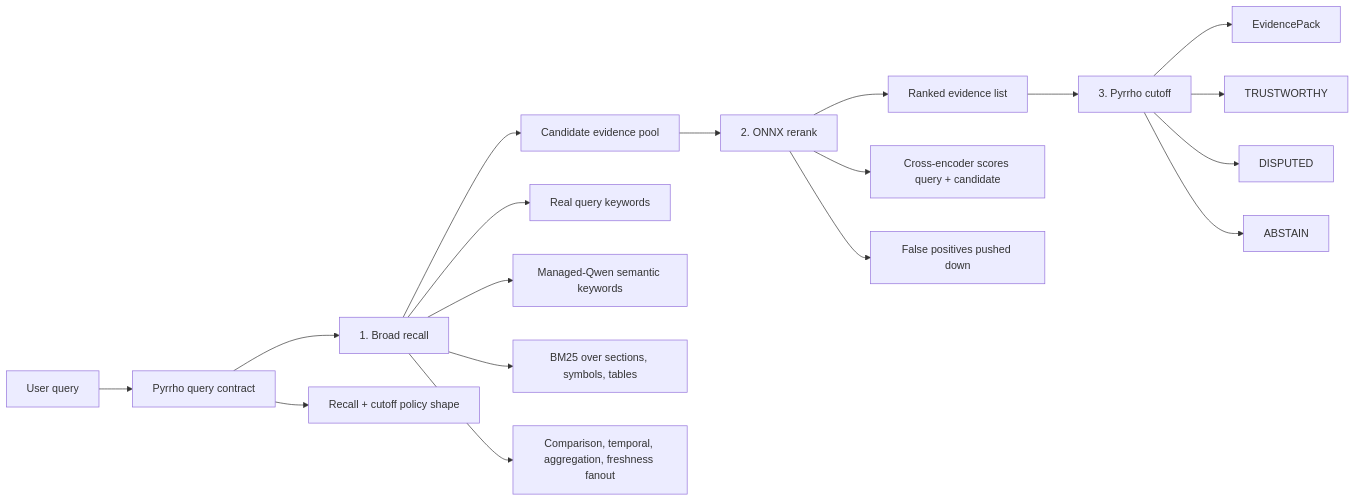
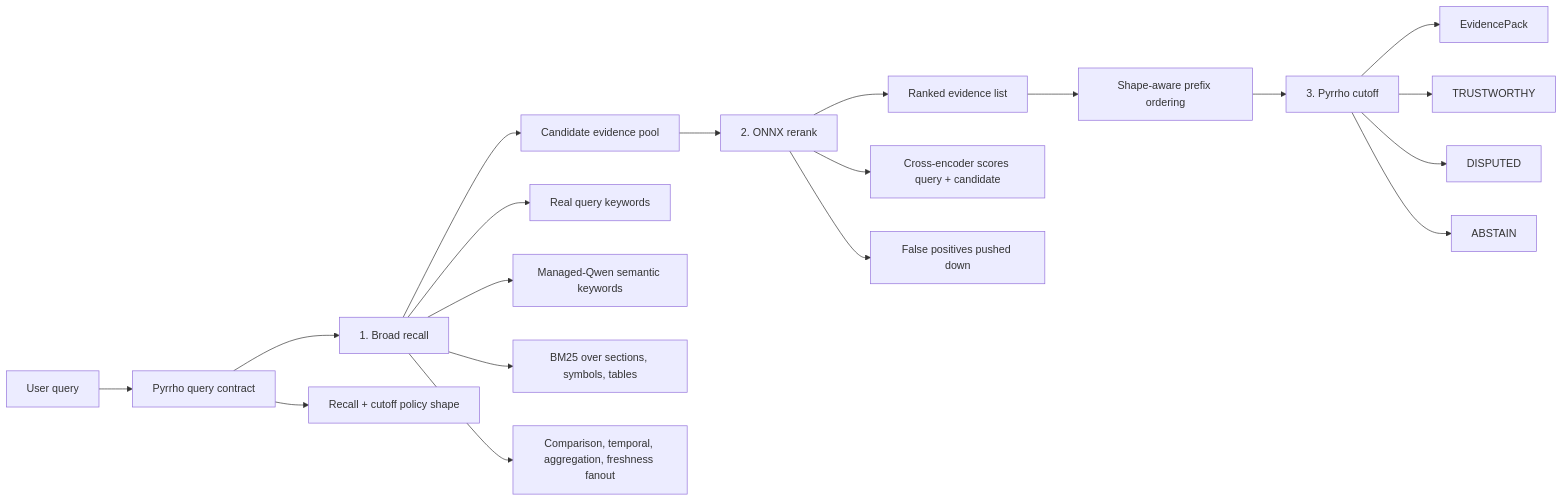
The first of 3 diagrams in docs/features/retrieval/three-stage-strategy.md (yafitzdev/fitz), drawn with Mermaid before and after one commit. The commit also changed other lines of this file and 3 other files, not shown here.

````diff
--- a/docs/features/retrieval/three-stage-strategy.md
+++ b/docs/features/retrieval/three-stage-strategy.md
@@ -25,24 +25,25 @@
 ```mermaid
 flowchart LR
     Q["User query"] --> QC["Pyrrho query contract"]
     QC --> R["1. Broad recall"]
     R --> C["Candidate evidence pool"]
     C --> K["2. ONNX rerank"]
     K --> L["Ranked evidence list"]
-    L --> P["3. Pyrrho cutoff"]
+    L --> S["Shape-aware prefix ordering"]
+    S --> P["3. Pyrrho cutoff"]
     P --> E["EvidencePack"]
 
     QC --> QC1["Recall + cutoff policy shape"]
 
     R --> R1["Real query keywords"]
     R --> R2["Managed-Qwen semantic keywords"]
     R --> R3["BM25 over sections, symbols, tables"]
     R --> R4["Comparison, temporal, aggregation, freshness fanout"]
 
     K --> K1["Cross-encoder scores query + candidate"]
     K --> K2["False positives pushed down"]
 
     P --> P1["TRUSTWORTHY"]
     P --> P2["DISPUTED"]
     P --> P3["ABSTAIN"]
 ```
````
